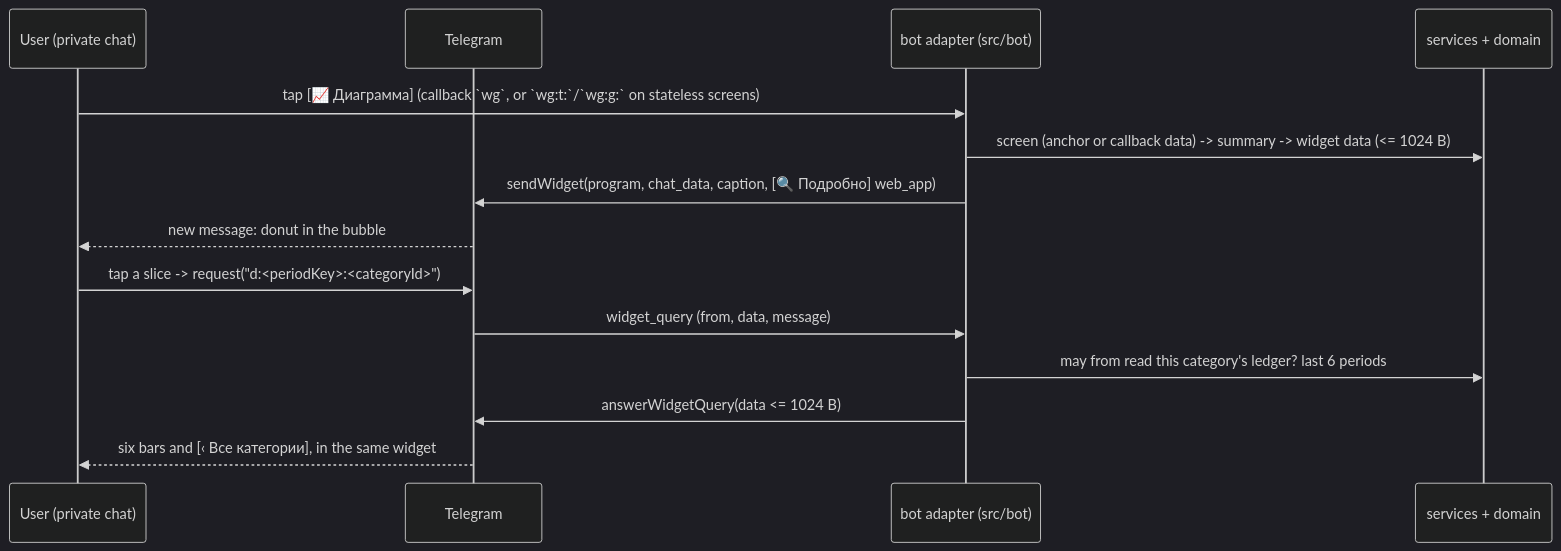
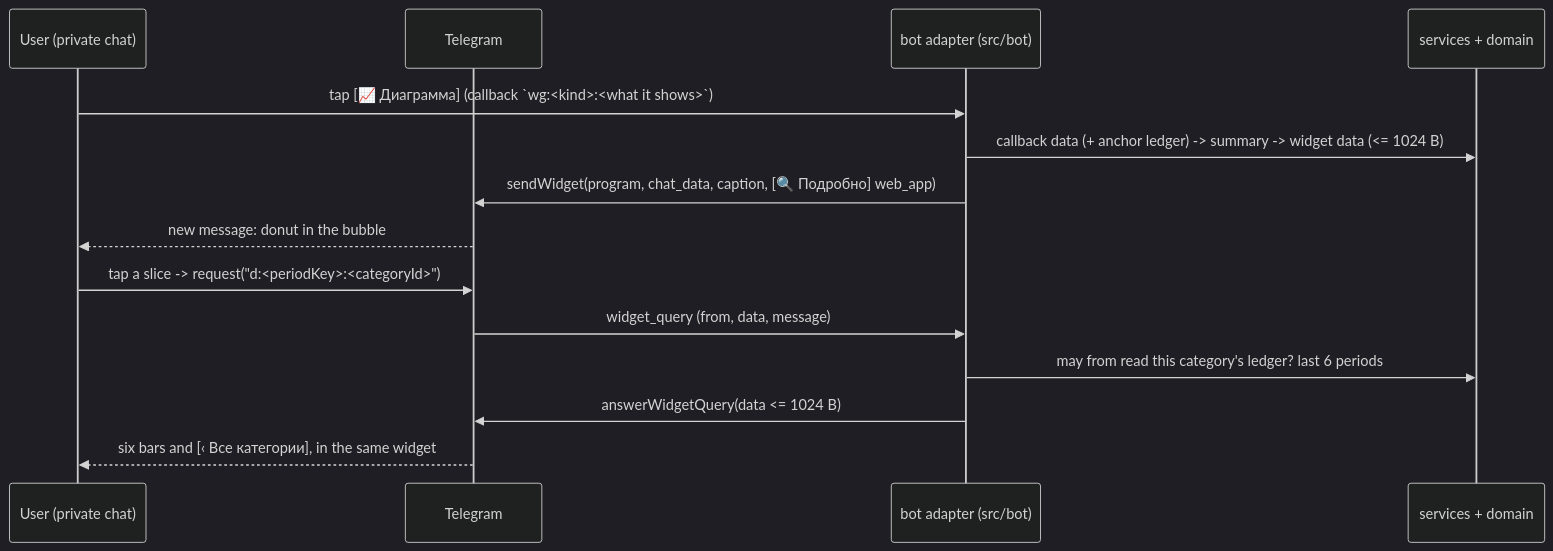
The diagram in docs/plans/0052-in-chat-chart-widgets.md (IgorKonovalov/personal_expenses_bot), drawn with Mermaid (dark theme) before and after one commit. The commit also changed other lines of this file, not shown here.

First line of the commit message:
docs(plans): plan 0052 chart buttons carry the period or product

````diff
--- a/docs/plans/0052-in-chat-chart-widgets.md
+++ b/docs/plans/0052-in-chat-chart-widgets.md
@@ -55,16 +55,16 @@
 ```mermaid
 sequenceDiagram
     participant U as User (private chat)
     participant T as Telegram
     participant B as bot adapter (src/bot)
     participant S as services + domain
-    U->>B: tap [📈 Диаграмма] (callback `wg`, or `wg:t:`/`wg:g:` on stateless screens)
-    B->>S: screen (anchor or callback data) -> summary -> widget data (<= 1024 B)
+    U->>B: tap [📈 Диаграмма] (callback `wg:<kind>:<what it shows>`)
+    B->>S: callback data (+ anchor ledger) -> summary -> widget data (<= 1024 B)
     B->>T: sendWidget(program, chat_data, caption, [🔍 Подробно] web_app)
     T-->>U: new message: donut in the bubble
     U->>T: tap a slice -> request("d:<periodKey>:<categoryId>")
     T->>B: widget_query (from, data, message)
     B->>S: may from read this category's ledger? last 6 periods
     B->>T: answerWidgetQuery(data <= 1024 B)
     T-->>U: six bars and [‹ Все категории], in the same widget
 ```
````
